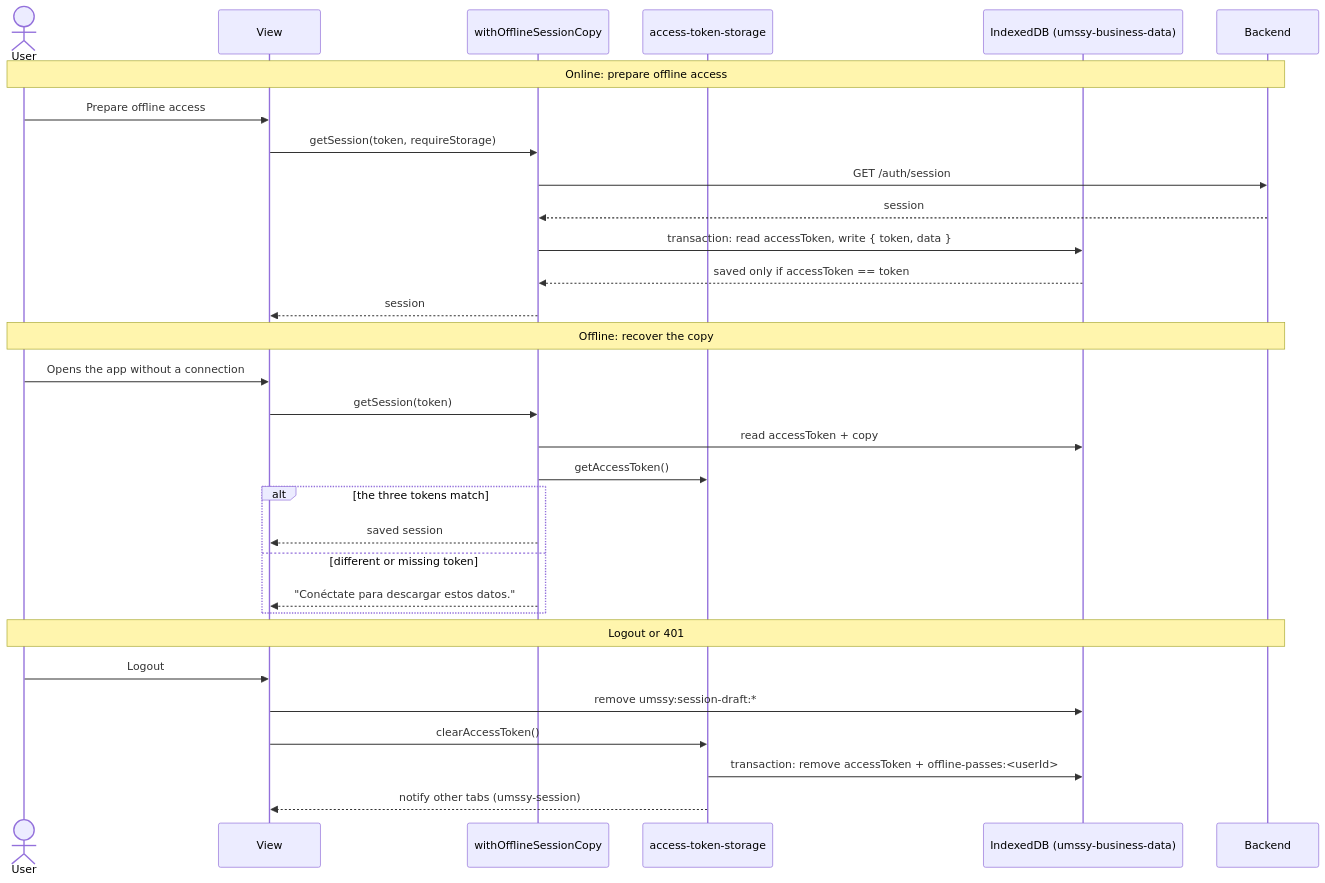
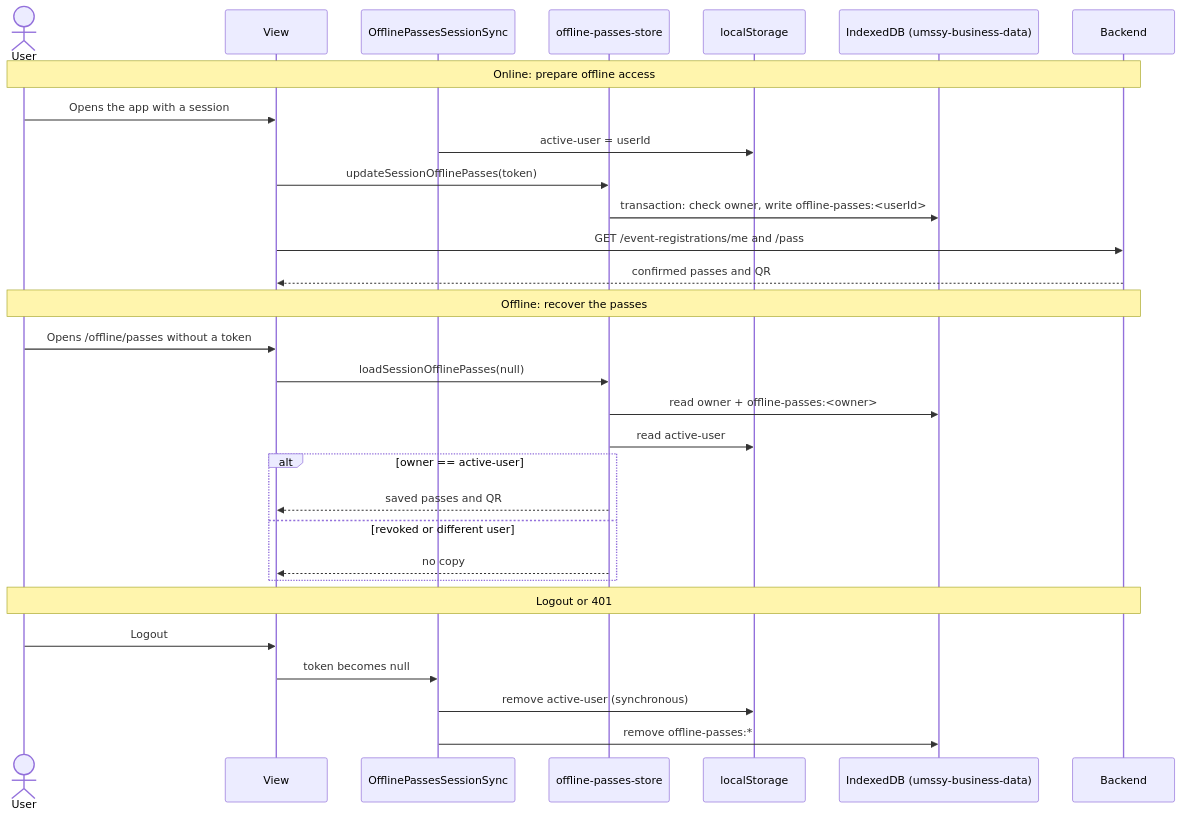
The diagram in docs/auth/README.md (UMSSY/umssy-app), drawn with Mermaid before and after one commit. The commit also changed other lines of this file, not shown here.

Commit message:
docs(auth): describe offline copies tied to the user

````diff
--- a/docs/auth/README.md
+++ b/docs/auth/README.md
@@ -51,36 +55,35 @@
 ```mermaid
 sequenceDiagram
   actor U as User
   participant V as View
-  participant C as withOfflineSessionCopy
-  participant T as access-token-storage
+  participant S as OfflinePassesSessionSync
+  participant P as offline-passes-store
+  participant LS as localStorage
   participant DB as IndexedDB (umssy-business-data)
   participant API as Backend
 
   Note over U,API: Online: prepare offline access
-  U->>V: Prepare offline access
-  V->>C: getSession(token, requireStorage)
-  C->>API: GET /auth/session
-  API-->>C: session
-  C->>DB: transaction: read accessToken, write { token, data }
-  DB-->>C: saved only if accessToken == token
-  C-->>V: session
+  U->>V: Opens the app with a session
+  S->>LS: active-user = userId
+  V->>P: updateSessionOfflinePasses(token)
+  P->>DB: transaction: check owner, write offline-passes:<userId>
+  V->>API: GET /event-registrations/me and /pass
+  API-->>V: confirmed passes and QR
 
-  Note over U,API: Offline: recover the copy
-  U->>V: Opens the app without a connection
-  V->>C: getSession(token)
-  C->>DB: read accessToken + copy
-  C->>T: getAccessToken()
-  alt the three tokens match
-    C-->>V: saved session
-  else different or missing token
-    C-->>V: "Conéctate para descargar estos datos."
+  Note over U,API: Offline: recover the passes
+  U->>V: Opens /offline/passes without a token
+  V->>P: loadSessionOfflinePasses(null)
+  P->>DB: read owner + offline-passes:<owner>
+  P->>LS: read active-user
+  alt owner == active-user
+    P-->>V: saved passes and QR
+  else revoked or different user
+    P-->>V: no copy
   end
 
   Note over U,API: Logout or 401
   U->>V: Logout
-  V->>DB: remove umssy:session-draft:*
-  V->>T: clearAccessToken()
-  T->>DB: transaction: remove accessToken + offline-passes:<userId>
-  T-->>V: notify other tabs (umssy-session)
+  V->>S: token becomes null
+  S->>LS: remove active-user (synchronous)
+  S->>DB: remove offline-passes:*
 ```
````
